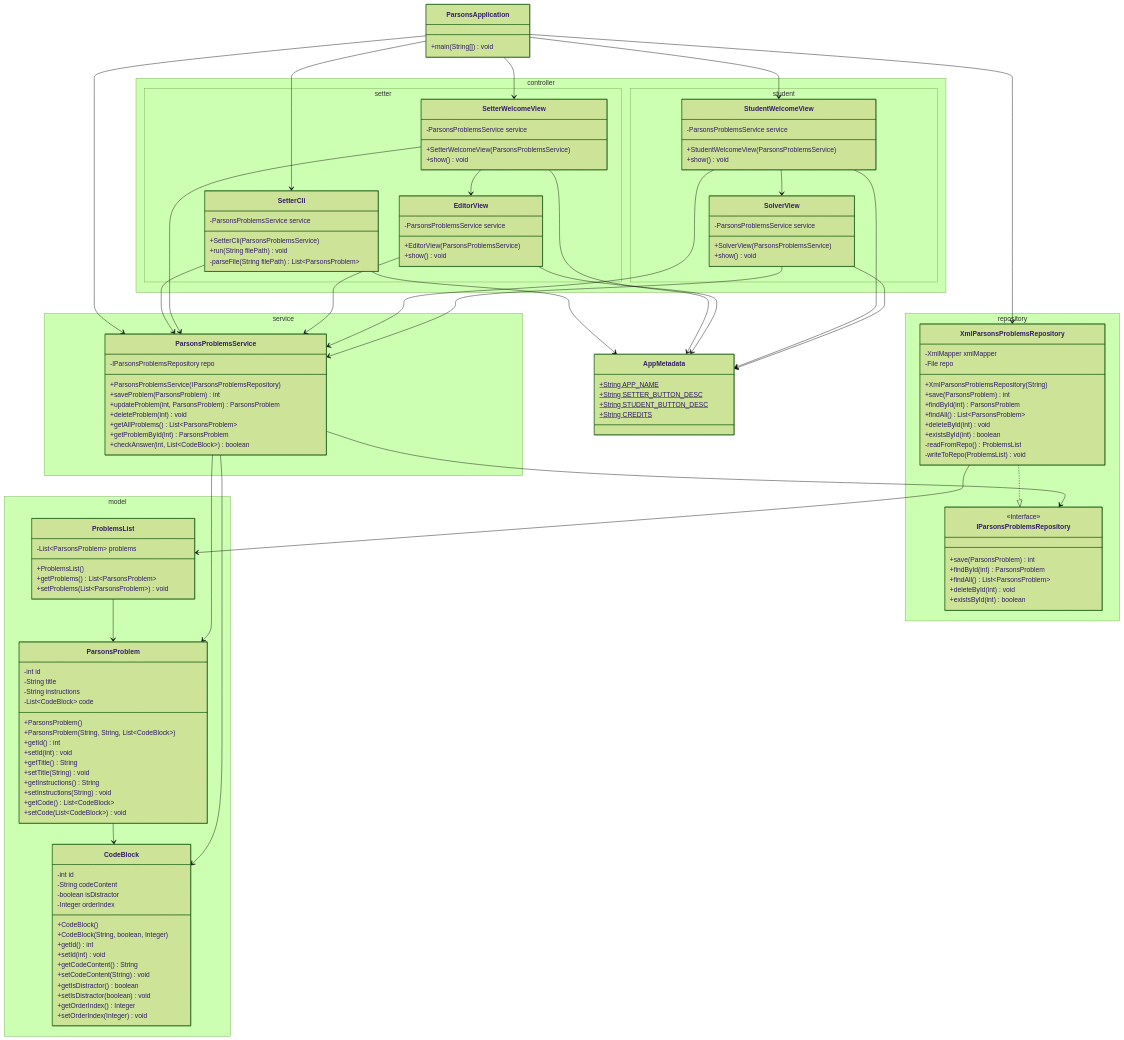
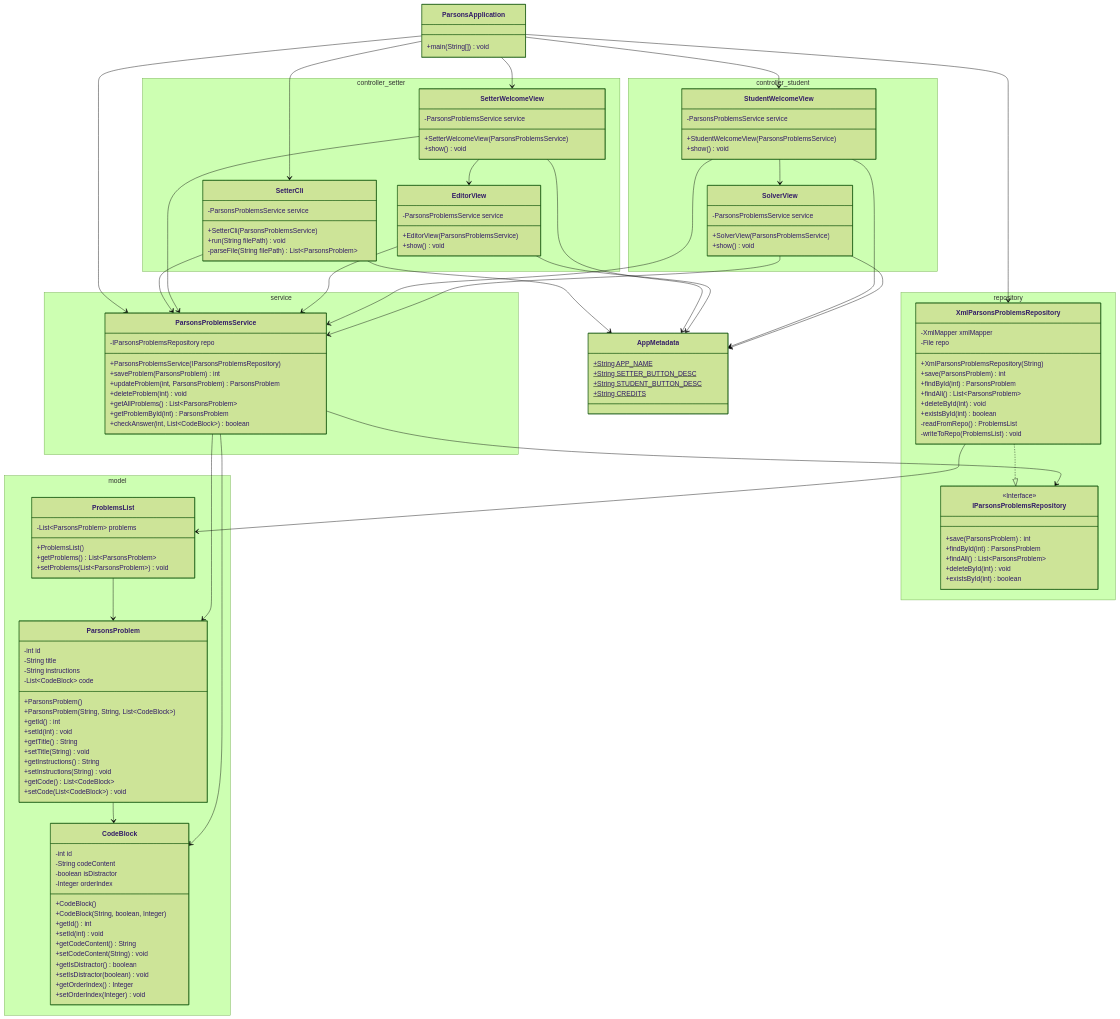
Before and after one commit to spr26-cs5004-group1/neu_cs5004_spr2026_group1_parsons: the fourth of 4 diagrams in DesignDocuments/README.md, drawn with Mermaid (forest theme). The commit also changed other lines of this file, not shown here.

```diff
--- a/DesignDocuments/README.md
+++ b/DesignDocuments/README.md
@@ -152,7 +381,7 @@
 
 %%--- NOT WRITTEN YET ---
 
-namespace controller.setter {
+namespace controller_setter {
 
     class SetterCli {
         -ParsonsProblemsService service
@@ -174,7 +403,7 @@
     }
 }
 
-namespace controller.student {
+namespace controller_student {
 
     class StudentWelcomeView {
         -ParsonsProblemsService service
```
